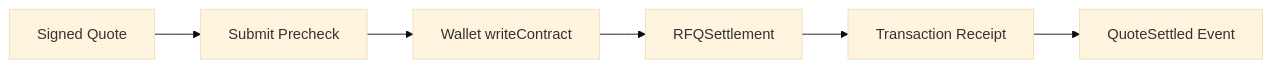
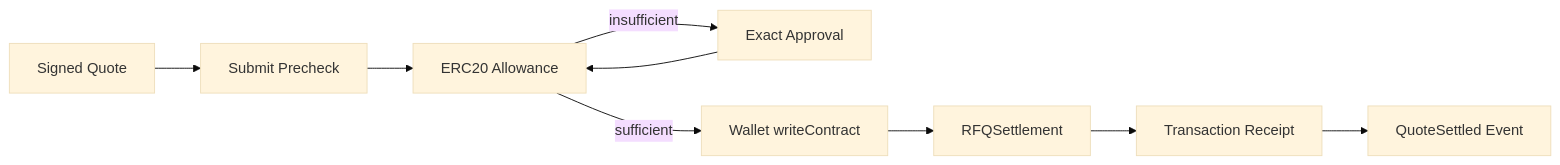
The first of 3 diagrams in book/Volume6-Frontend-And-SDK/Chapter03-Submit-Flow.md (alvis-ai/production-grade-web3-rfq-market-maker), drawn with Mermaid (base theme) before and after one commit. The commit also changed other lines of this file and 14 other files, not shown here.

Commit message:
feat: require ERC20 allowance before settlement

````diff
--- a/book/Volume6-Frontend-And-SDK/Chapter03-Submit-Flow.md
+++ b/book/Volume6-Frontend-And-SDK/Chapter03-Submit-Flow.md
@@ -49,15 +49,20 @@
 ```mermaid
 flowchart LR
   Quote[Signed Quote]
   Precheck[Submit Precheck]
+  Allowance[ERC20 Allowance]
+  Approval[Exact Approval]
   Wallet[Wallet writeContract]
   Chain[RFQSettlement]
   Receipt[Transaction Receipt]
   Event[QuoteSettled Event]
 
   Quote --> Precheck
-  Precheck --> Wallet
+  Precheck --> Allowance
+  Allowance -->|insufficient| Approval
+  Approval --> Allowance
+  Allowance -->|sufficient| Wallet
   Wallet --> Chain
   Chain --> Receipt
   Receipt --> Event
 ```
````
